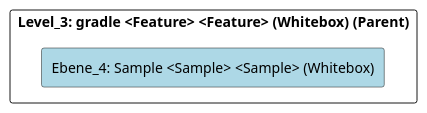
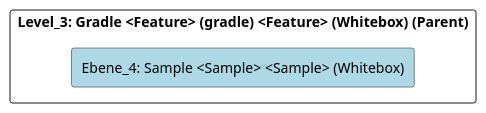
One commit to marcozwyssig/cleon changed the diagram in doc/cleonproject_deliverables_architecture_model_architecture/adoc/de/05_bausteinsicht/cleon/building/gradle/sample/ebene_4_sample.adoc. Above: the diagram before and after it, drawn with PlantUML. The commit also changed other lines of this file and 166 other files, not shown here.

```diff
--- a/doc/cleonproject_deliverables_architecture_model_architecture/adoc/de/05_bausteinsicht/cleon/building/gradle/sample/ebene_4_sample.adoc
+++ b/doc/cleonproject_deliverables_architecture_model_architecture/adoc/de/05_bausteinsicht/cleon/building/gradle/sample/ebene_4_sample.adoc
@@ -20,24 +20,24 @@
 [plantuml, Ebene_4: Sample <Sample> <Sample> (Whitebox)BlockOverview, format="svg"]
 ----
 @startuml Ebene_4: Sample <Sample> <Sample> (Whitebox)BuildingBlockOverview
 
 skinparam ranksep 10
 skinparam componentStyle rectangle
 skinparam shadowing false
 skinparam arrowColor lightblue
 skinparam arrowThickness 1.2
 skinparam rectangle {
   BackgroundColor White
   BorderColor #333
   RoundCorner 10
 }
 top to bottom direction
 
-component "Level_3: gradle <Feature> <Feature> (Whitebox) (Parent)" {
+component "Level_3: Gradle <Feature> (gradle) <Feature> (Whitebox) (Parent)" {
     component "Ebene_4: Sample <Sample> <Sample> (Whitebox)" #lightblue {
     }
 
 }
 
 @enduml
 ----
```
